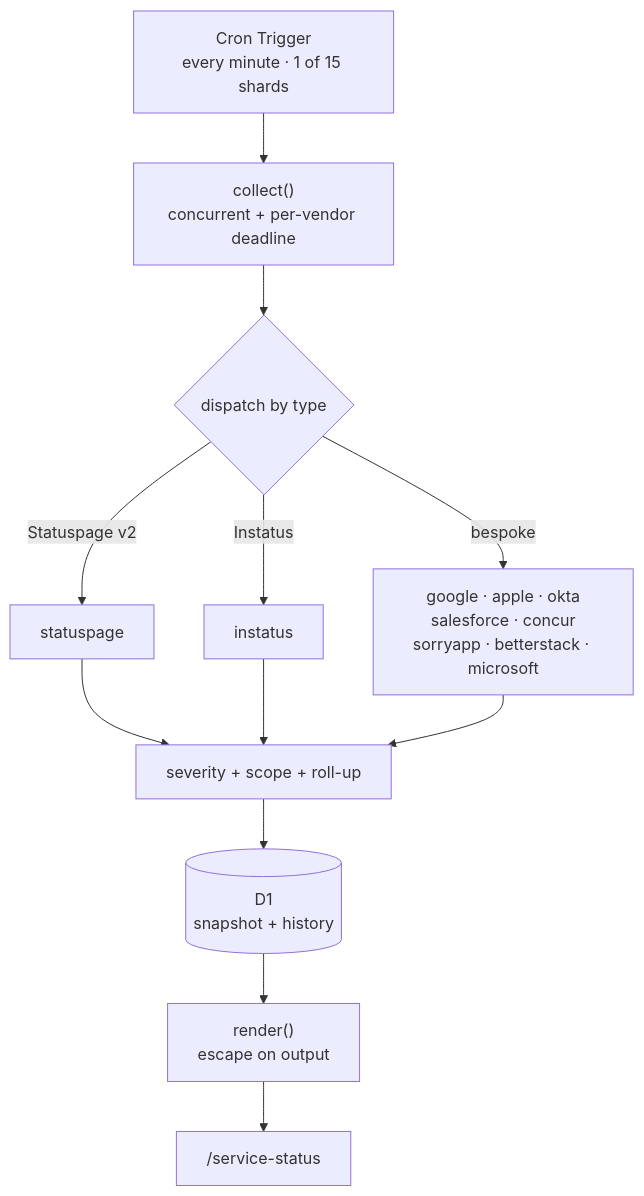
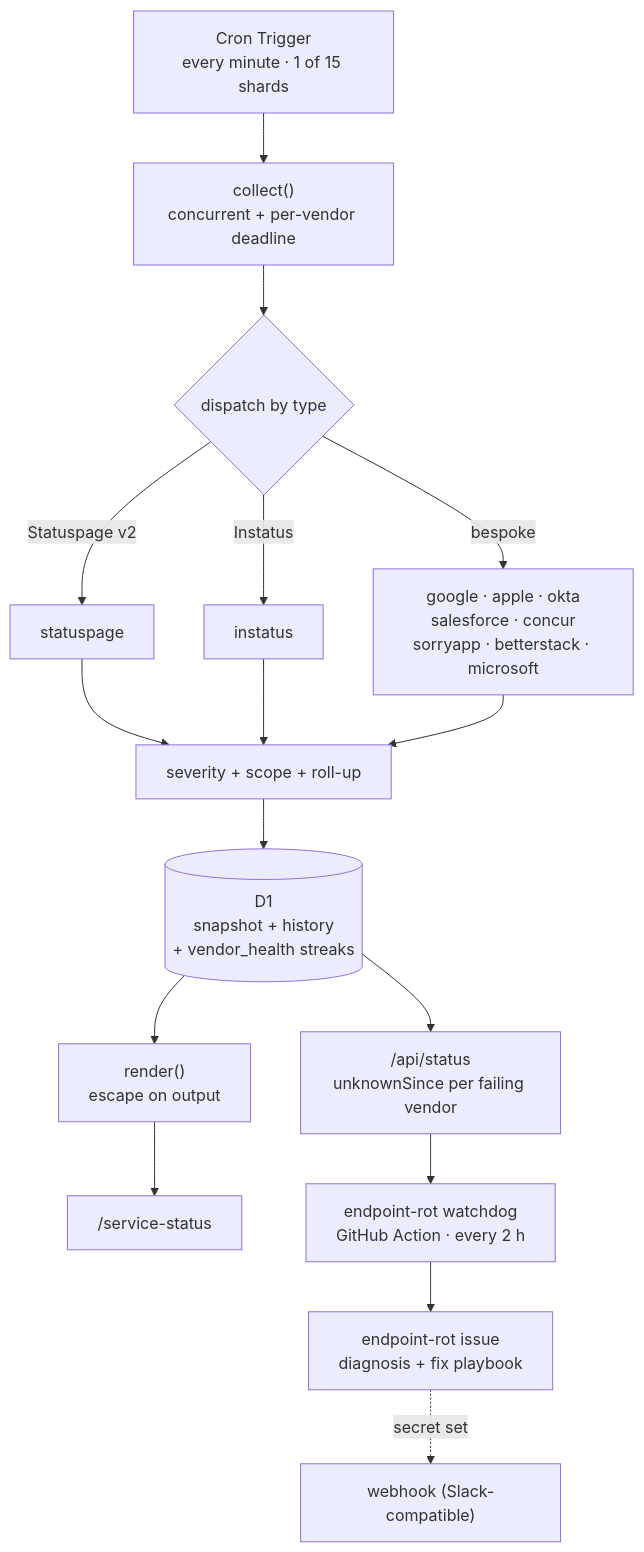
One commit to bjgreenberg/vendor-dashboard changed the first of 2 diagrams in README.md. Above: the diagram before and after it, drawn with Mermaid. The commit also changed other lines of this file and 10 other files, not shown here.

First line of the commit message:
feat: endpoint-rot watchdog — streak tracking, deterministic diagnosis, self-filing issues (#87)

````diff
--- a/README.md
+++ b/README.md
@@ -81,14 +82,18 @@
 ```mermaid
 flowchart TB
     cron["Cron Trigger<br/>every minute · 1 of 15 shards"] --> collect["collect()<br/>concurrent + per-vendor deadline"]
     collect --> adapters{"dispatch by type"}
     adapters -->|"Statuspage v2"| a1["statuspage"]
     adapters -->|"Instatus"| a2["instatus"]
     adapters -->|"bespoke"| a3["google · apple · okta<br/>salesforce · concur<br/>sorryapp · betterstack · microsoft"]
     a1 --> norm["severity + scope + roll-up"]
     a2 --> norm
     a3 --> norm
-    norm --> d1[("D1<br/>snapshot + history")]
+    norm --> d1[("D1<br/>snapshot + history<br/>+ vendor_health streaks")]
     d1 --> render["render()<br/>escape on output"]
     render --> page["/service-status"]
+    d1 --> api["/api/status<br/>unknownSince per failing vendor"]
+    api --> wd["endpoint-rot watchdog<br/>GitHub Action · every 2 h"]
+    wd --> issue["endpoint-rot issue<br/>diagnosis + fix playbook"]
+    issue -.->|"secret set"| slack["webhook (Slack-compatible)"]
 ```
````
